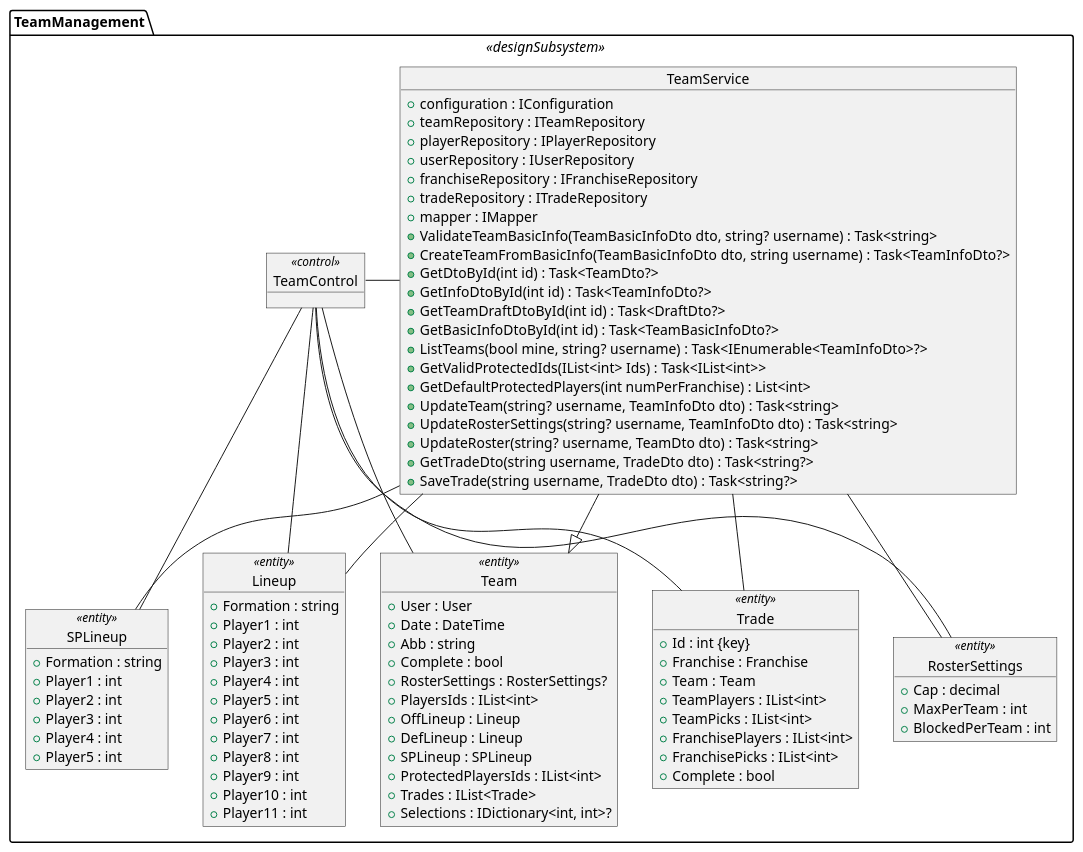
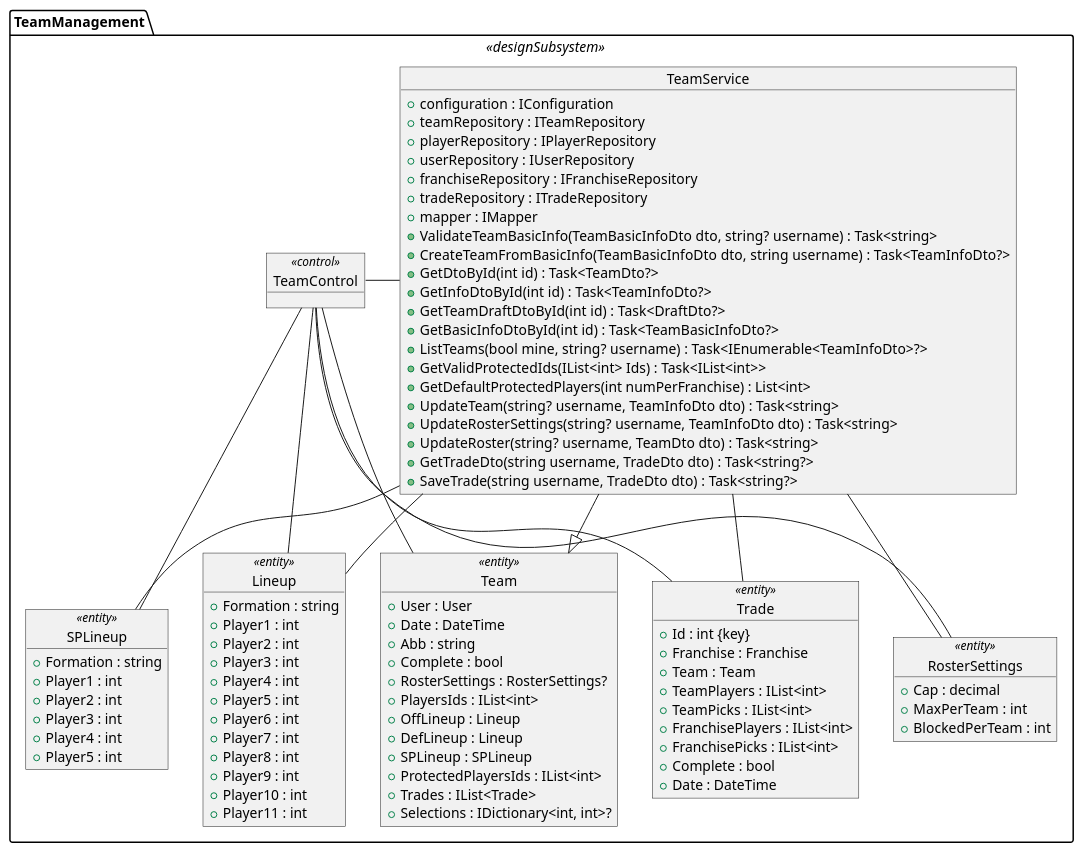
The diagram in METCore/Diagramas/Diseño/DiagramaDeClases/DiagramaDeClases_Teams.puml (jorgerr174/MyExpansionTeam), drawn with PlantUML before and after one commit. The commit also changed 59 other files, not shown here.

```diff
--- a/METCore/Diagramas/Diseño/DiagramaDeClases/DiagramaDeClases_Teams.puml
+++ b/METCore/Diagramas/Diseño/DiagramaDeClases/DiagramaDeClases_Teams.puml
@@ -1,102 +1,103 @@
 @startuml Vista_Arquitectonica_METAPI_Diseno
 
 package TeamManagement <<designSubsystem>> {
     
     object TeamControl <<control>>
 
     object TeamService {
         + configuration : IConfiguration
         + teamRepository : ITeamRepository
         + playerRepository : IPlayerRepository
         + userRepository : IUserRepository
         + franchiseRepository : IFranchiseRepository
         + tradeRepository : ITradeRepository
         + mapper : IMapper
         + ValidateTeamBasicInfo(TeamBasicInfoDto dto, string? username) : Task<string> 
         + CreateTeamFromBasicInfo(TeamBasicInfoDto dto, string username) : Task<TeamInfoDto?> 
         + GetDtoById(int id) : Task<TeamDto?>
         + GetInfoDtoById(int id) : Task<TeamInfoDto?>
         + GetTeamDraftDtoById(int id) : Task<DraftDto?>
         + GetBasicInfoDtoById(int id) : Task<TeamBasicInfoDto?>
         + ListTeams(bool mine, string? username) : Task<IEnumerable<TeamInfoDto>?>
         + GetValidProtectedIds(IList<int> Ids) : Task<IList<int>> 
         + GetDefaultProtectedPlayers(int numPerFranchise) : List<int> 
         + UpdateTeam(string? username, TeamInfoDto dto) : Task<string>
         + UpdateRosterSettings(string? username, TeamInfoDto dto) : Task<string>
         + UpdateRoster(string? username, TeamDto dto) : Task<string>
         + GetTradeDto(string username, TradeDto dto) : Task<string?>
         + SaveTrade(string username, TradeDto dto) : Task<string?>
     }
     
     object Team <<entity>> {
         + User : User
         + Date : DateTime
         + Abb : string
         + Complete : bool
         + RosterSettings : RosterSettings?
         + PlayersIds : IList<int>
         + OffLineup : Lineup
         + DefLineup : Lineup
         + SPLineup : SPLineup
         + ProtectedPlayersIds : IList<int>
         + Trades : IList<Trade>
         + Selections : IDictionary<int, int>?
     }
     
     object Trade <<entity>> {
         + Id : int {key}
         + Franchise : Franchise
         + Team : Team
         + TeamPlayers : IList<int>
         + TeamPicks : IList<int>
         + FranchisePlayers : IList<int>
         + FranchisePicks : IList<int>
         + Complete : bool
+        + Date : DateTime
     }
     
     object RosterSettings <<entity>> {
         + Cap : decimal
         + MaxPerTeam : int
         + BlockedPerTeam : int
     }
     
     object SPLineup <<entity>> {
         + Formation : string
         + Player1 : int
         + Player2 : int
         + Player3 : int
         + Player4 : int
         + Player5 : int
     }
     
     object Lineup <<entity>> {
         + Formation : string
         + Player1 : int
         + Player2 : int
         + Player3 : int
         + Player4 : int
         + Player5 : int
         + Player6 : int
         + Player7 : int
         + Player8 : int
         + Player9 : int
         + Player10 : int
         + Player11 : int
     }
 
 }
 
 TeamControl - TeamService
 TeamControl -d- Team
 TeamControl -d- Trade
 TeamControl -d- RosterSettings
 TeamControl -d- SPLineup
 TeamControl -d- Lineup
 
 TeamService -d|> Team
 TeamService -d- Trade
 TeamService -d- RosterSettings
 TeamService -d- SPLineup
 TeamService -d- Lineup
 
 @enduml
```
